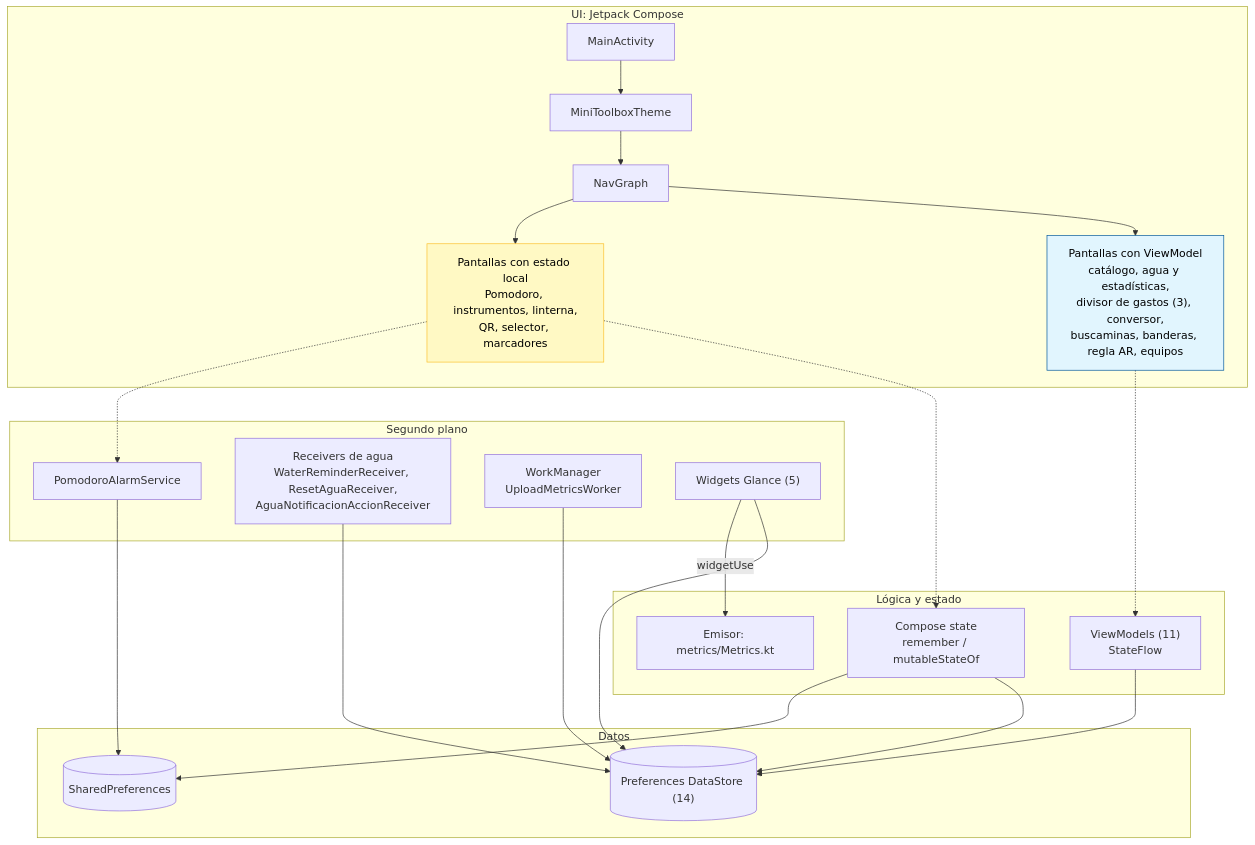
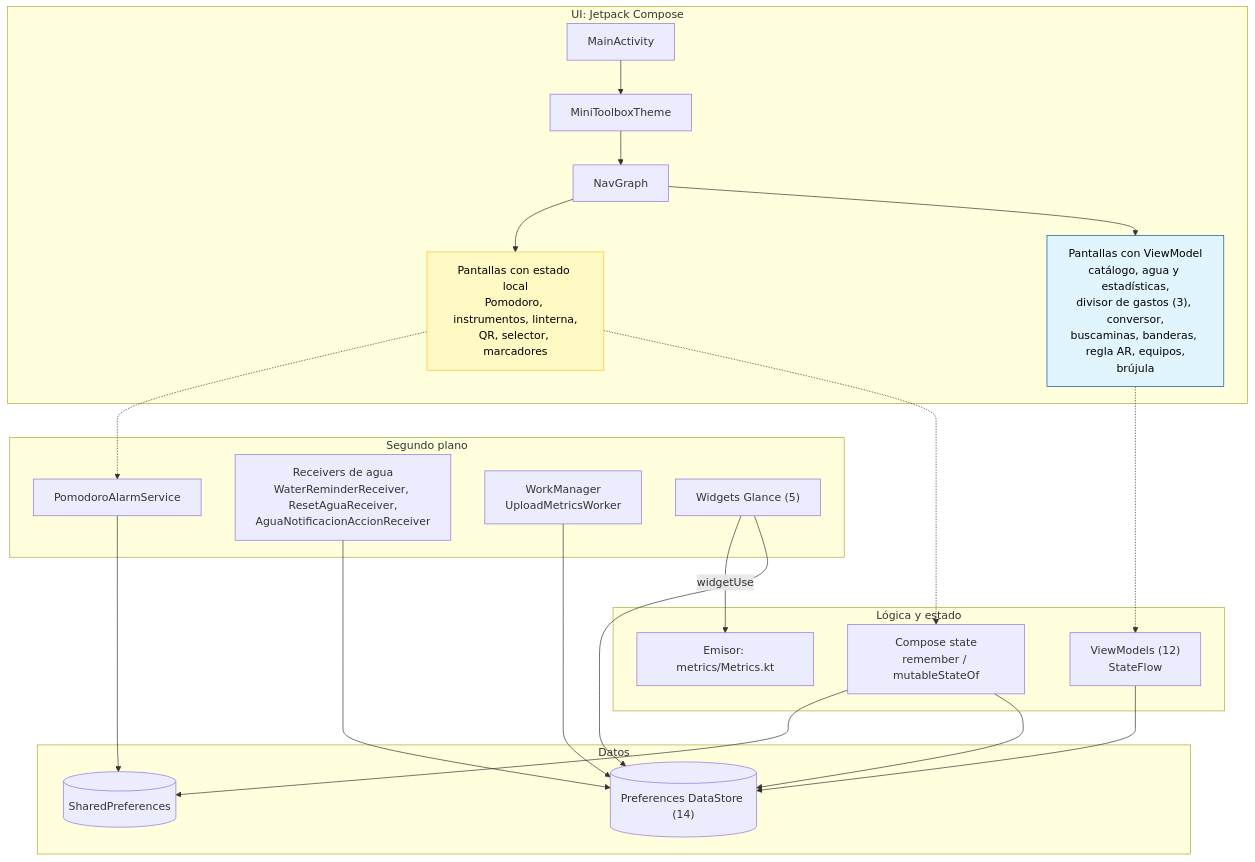
One commit to JoaquinSasso/MiniToolbox changed the first of 4 diagrams in docs/architecture.md. Above: the diagram before and after it, drawn with Mermaid. The commit also changed other lines of this file and 12 other files, not shown here.

````diff
--- a/docs/architecture.md
+++ b/docs/architecture.md
@@ -22,41 +22,41 @@
 ```mermaid
 flowchart TD
     subgraph UI [UI: Jetpack Compose]
         MA[MainActivity] --> MT[MiniToolboxTheme]
         MT --> NG[NavGraph]
-        NG --> VMS["Pantallas con ViewModel<br/>catálogo, agua y estadísticas,<br/>divisor de gastos (3), conversor,<br/>buscaminas, banderas, regla AR, equipos"]
+        NG --> VMS["Pantallas con ViewModel<br/>catálogo, agua y estadísticas,<br/>divisor de gastos (3), conversor,<br/>buscaminas, banderas, regla AR, equipos,<br/>brújula"]
         NG --> LSS["Pantallas con estado local<br/>Pomodoro, instrumentos, linterna,<br/>QR, selector, marcadores"]
         style VMS fill:#e1f5fe,stroke:#01579b,color:#000
         style LSS fill:#fff9c4,stroke:#fbc02d,color:#000
     end
 
     subgraph Logic [Lógica y estado]
-        VM["ViewModels (11)<br/>StateFlow"]
+        VM["ViewModels (12)<br/>StateFlow"]
         CS["Compose state<br/>remember / mutableStateOf"]
         MET["Emisor: metrics/Metrics.kt"]
     end
 
     subgraph Background [Segundo plano]
         PAS[PomodoroAlarmService]
         AR["Receivers de agua<br/>WaterReminderReceiver, ResetAguaReceiver,<br/>AguaNotificacionAccionReceiver"]
         WM["WorkManager<br/>UploadMetricsWorker"]
         GW["Widgets Glance (5)"]
     end
 
     subgraph Data [Datos]
         DS[("Preferences DataStore (14)")]
         SP[("SharedPreferences")]
     end
 
     VMS -.-> VM
     LSS -.-> CS
     VM --> DS
     CS --> DS
     CS --> SP
     LSS -.-> PAS
     PAS --> SP
     AR --> DS
     WM --> DS
     GW --> DS
     GW -->|widgetUse| MET
 ```
````
